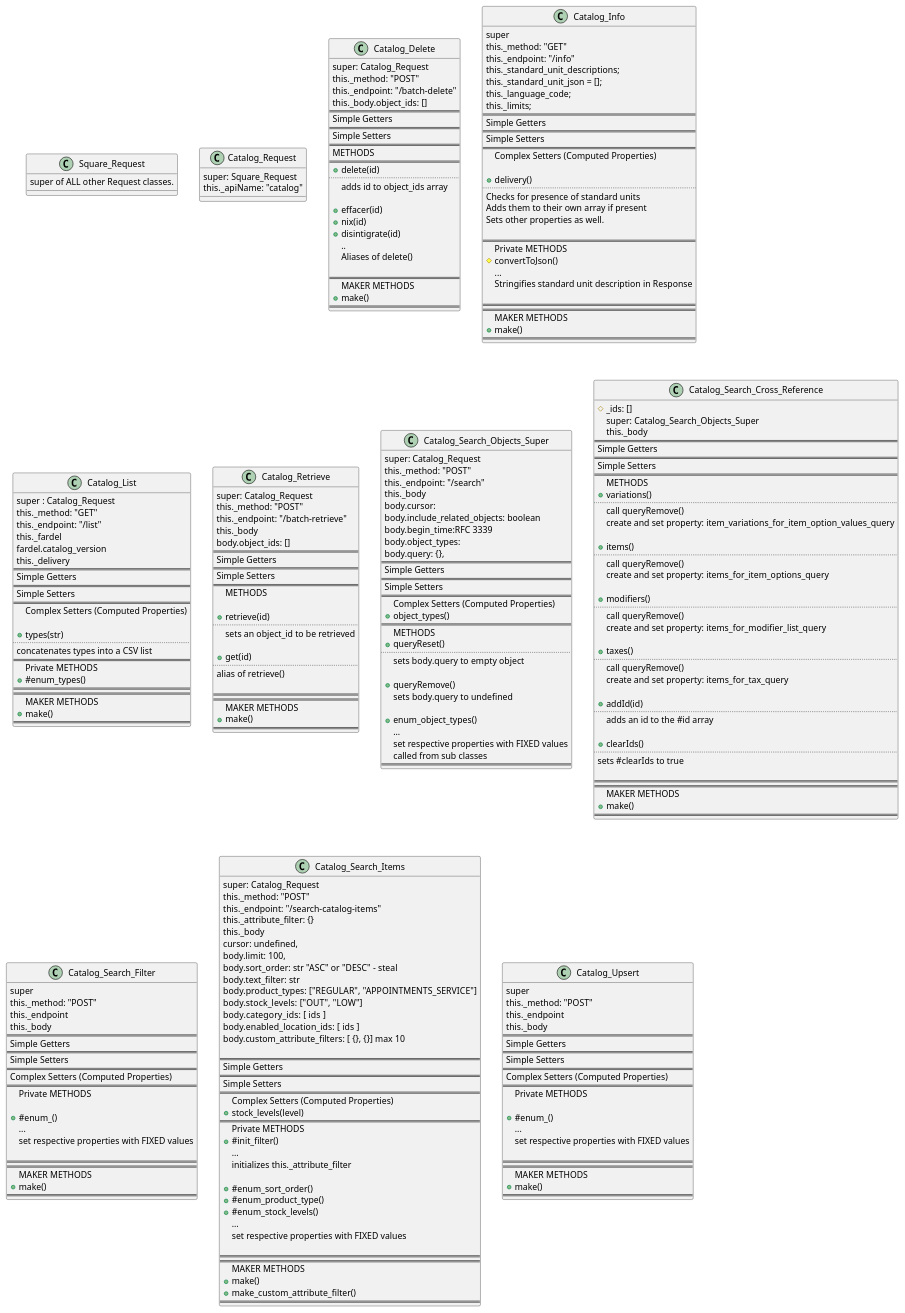
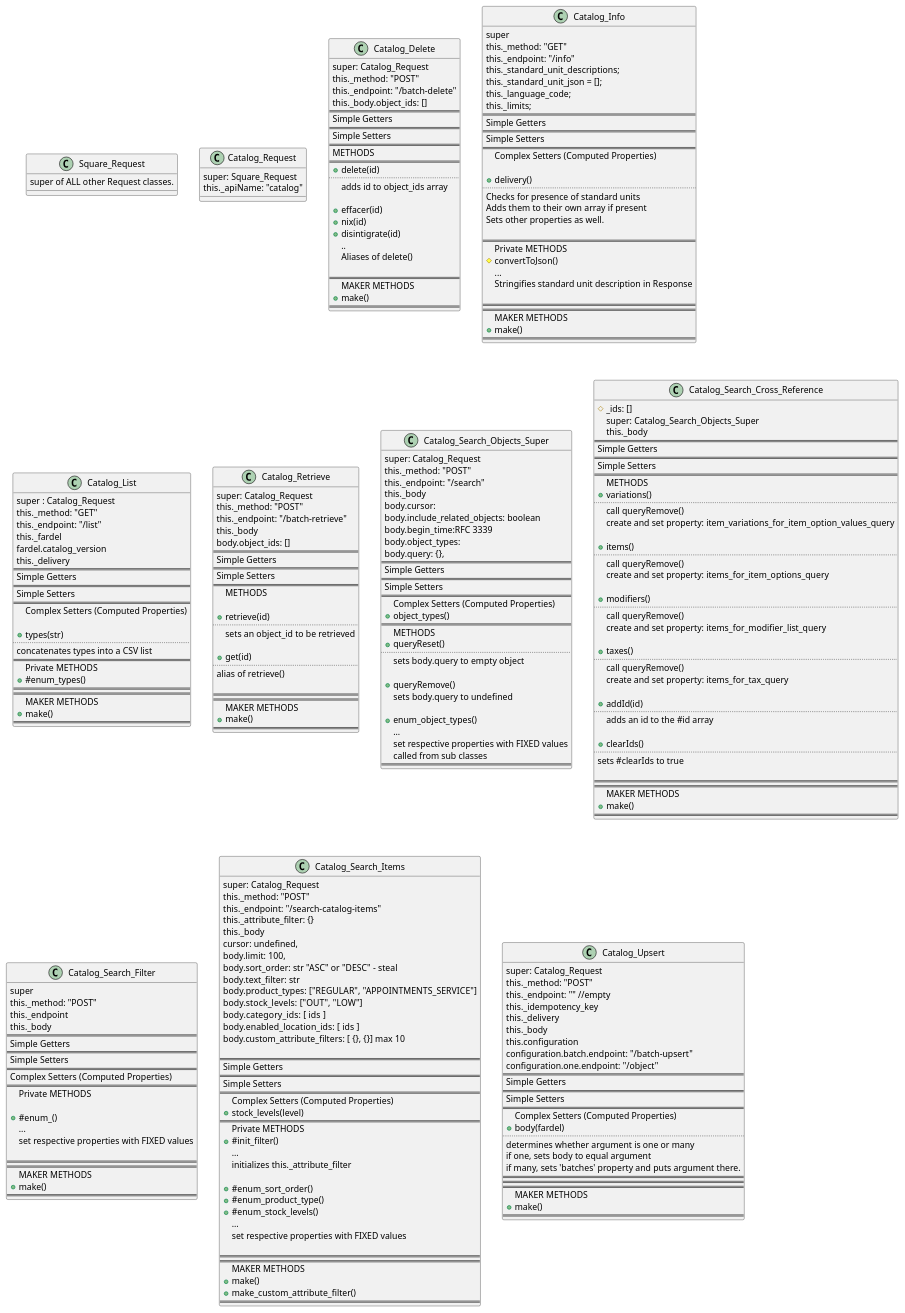
Before and after one commit to TwoFistedJustice/square-pie: the diagram in docs/uml/catalog_request_pie.puml, drawn with PlantUML.

Commit message:
docs: diagram Catalog_Upsert

```diff
--- a/docs/uml/catalog_request_pie.puml
+++ b/docs/uml/catalog_request_pie.puml
@@ -282,23 +282,27 @@
 
 
 class Catalog_Upsert {
-super
+super: Catalog_Request
 this._method: "POST"
-this._endpoint
+this._endpoint: "" //empty
+this._idempotency_key
+this._delivery
 this._body
+this.configuration
+configuration.batch.endpoint: "/batch-upsert"
+configuration.one.endpoint: "/object"
 ==
 Simple Getters
 ==
 Simple Setters
 ==
 Complex Setters (Computed Properties)
++body(fardel)
+..
+determines whether argument is one or many
+if one, sets body to equal argument
+if many, sets 'batches' property and puts argument there.
 ==
-Private METHODS
-
-+#enum_()
-...
-set respective properties with FIXED values
-
 ==
 ==
 MAKER METHODS
```
